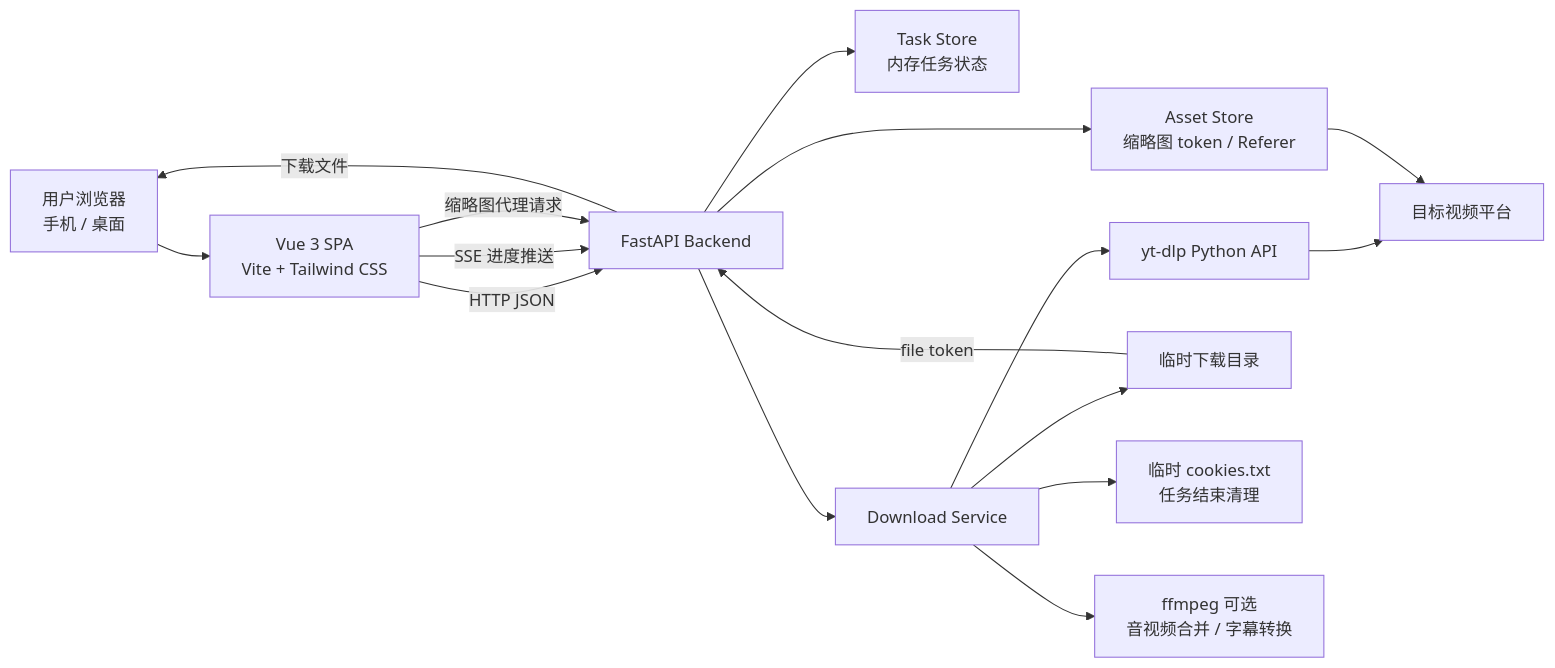
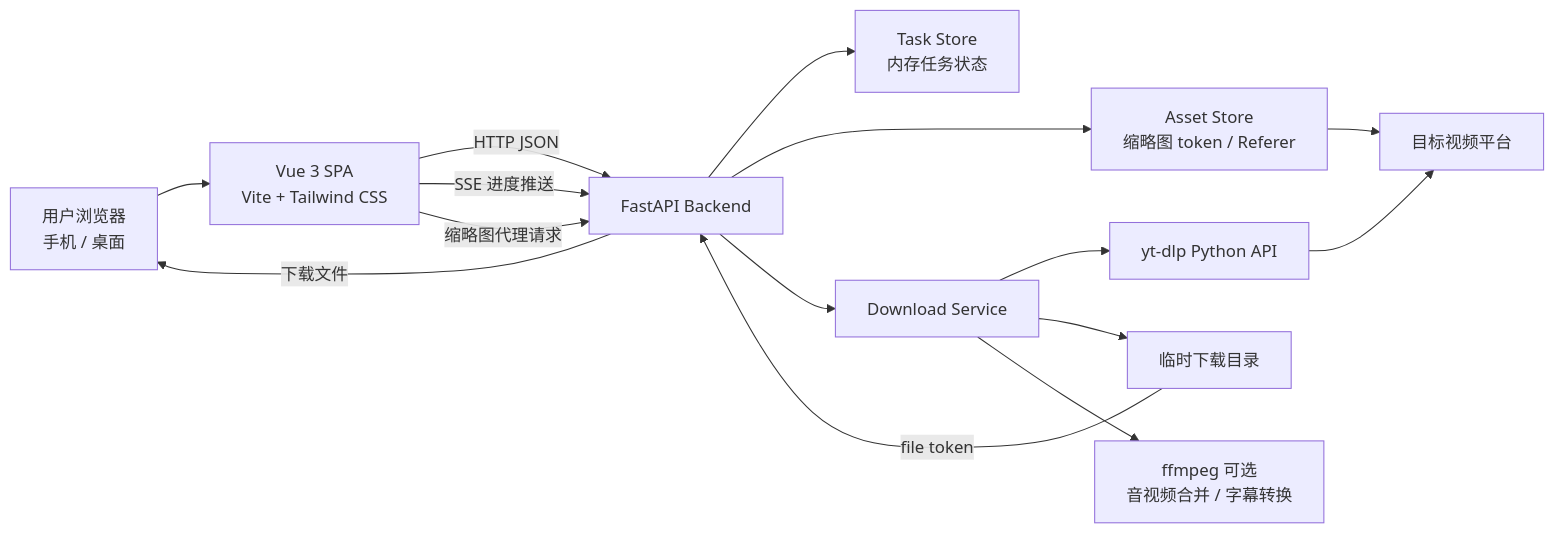
The diagram in docs/diagrams/system-architecture.md (Suxingyu111/free-video-downloader), drawn with Mermaid before and after one commit. The commit also changed 19 other files, not shown here.

````diff
--- a/docs/diagrams/system-architecture.md
+++ b/docs/diagrams/system-architecture.md
@@ -3,20 +3,19 @@
 ```mermaid
 flowchart LR
   U["用户浏览器<br/>手机 / 桌面"] --> FE["Vue 3 SPA<br/>Vite + Tailwind CSS"]
   FE -->|HTTP JSON| API["FastAPI Backend"]
   FE -->|SSE 进度推送| API
   FE -->|缩略图代理请求| API
 
   API --> TS["Task Store<br/>内存任务状态"]
   API --> AS["Asset Store<br/>缩略图 token / Referer"]
   API --> DL["Download Service"]
   DL --> YTDLP["yt-dlp Python API"]
   DL --> TMP["临时下载目录"]
-  DL --> CK["临时 cookies.txt<br/>任务结束清理"]
   DL --> FF["ffmpeg 可选<br/>音视频合并 / 字幕转换"]
 
   YTDLP --> WEB["目标视频平台"]
   AS --> WEB
   TMP -->|file token| API
   API -->|下载文件| U
 ```
````
